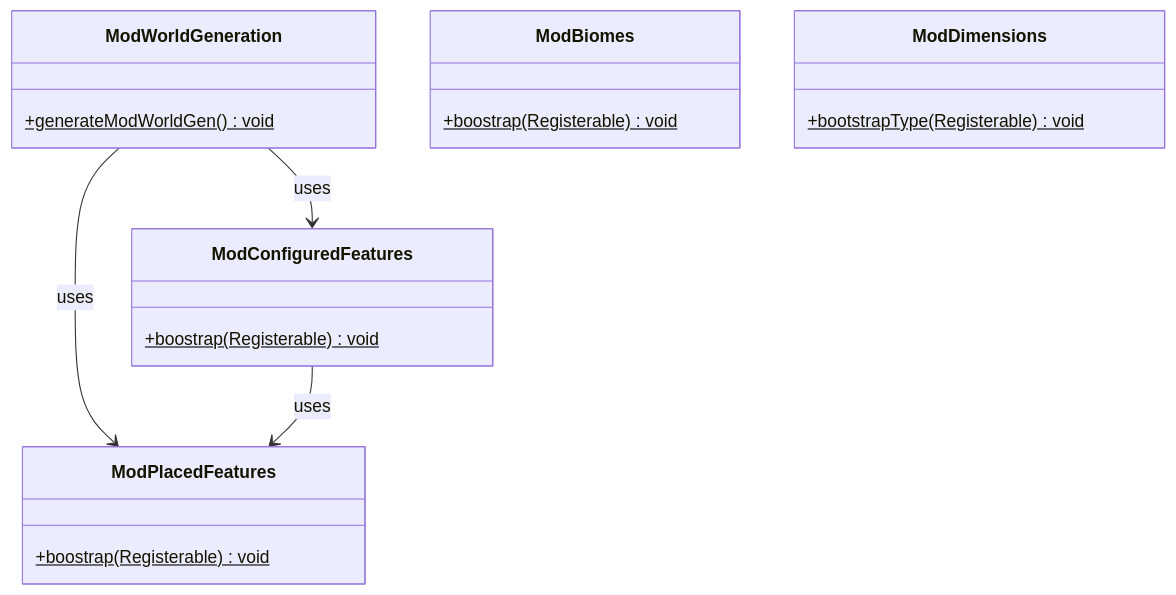
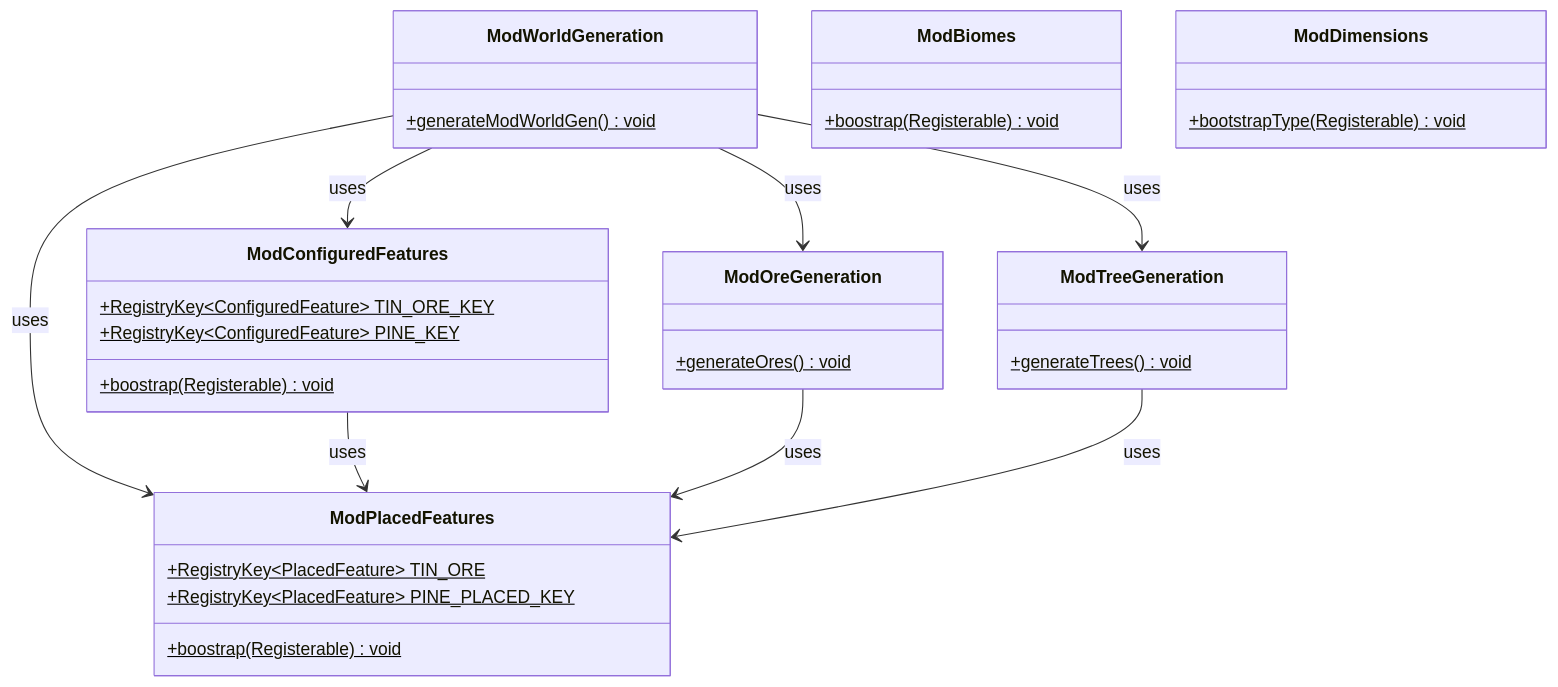
The fifth of 6 diagrams in classdiagram.md (Lord-of-the-Rings-Middle-Earth-Mod/Lord-of-the-Rings-Middle-Earth-Mod), drawn with Mermaid before and after one commit. The commit also changed other lines of this file, not shown here.

Commit message:
Add comprehensive missing methods, attributes, and classes to class diagram

````diff
--- a/classdiagram.md
+++ b/classdiagram.md
@@ -273,29 +485,45 @@
 ```mermaid
 classDiagram
     direction TB
     
     class ModWorldGeneration {
         +generateModWorldGen() void$
     }
 
+    class ModOreGeneration {
+        +generateOres() void$
+    }
+
+    class ModTreeGeneration {
+        +generateTrees() void$
+    }
+
     class ModConfiguredFeatures {
+        +RegistryKey~ConfiguredFeature~ TIN_ORE_KEY$
+        +RegistryKey~ConfiguredFeature~ PINE_KEY$
         +boostrap(Registerable) void$
     }
 
     class ModPlacedFeatures {
+        +RegistryKey~PlacedFeature~ TIN_ORE$
+        +RegistryKey~PlacedFeature~ PINE_PLACED_KEY$
         +boostrap(Registerable) void$
     }
 
     class ModBiomes {
         +boostrap(Registerable) void$
     }
 
     class ModDimensions {
         +bootstrapType(Registerable) void$
     }
 
     %% Relationships
     ModWorldGeneration --> ModConfiguredFeatures : uses
     ModWorldGeneration --> ModPlacedFeatures : uses
+    ModWorldGeneration --> ModOreGeneration : uses
+    ModWorldGeneration --> ModTreeGeneration : uses
     ModConfiguredFeatures --> ModPlacedFeatures : uses
+    ModOreGeneration --> ModPlacedFeatures : uses
+    ModTreeGeneration --> ModPlacedFeatures : uses
 ```
````
